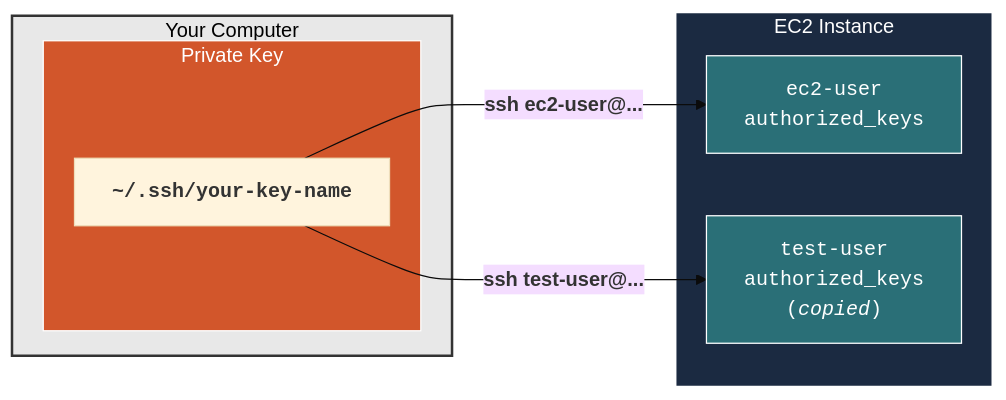
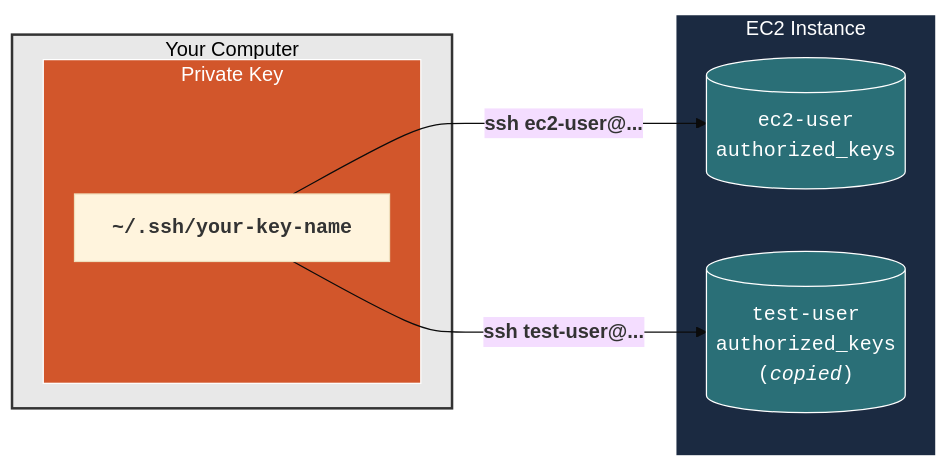
The diagram in linux-users.qmd (mjfrigaard/do4ds-labs), drawn with Mermaid before and after one commit. The commit also changed 28 other files, not shown here.

Commit message:
updates to mermaids

````diff
--- a/linux-users.qmd
+++ b/linux-users.qmd
@@ -295,26 +295,26 @@
 ```{mermaid}
 %%| fig-cap: 'One Trusted Key, Two Local Accounts'
 %%| fig-width: 8.0
 %%| fig-align: 'center'
 %%{init: {'theme': 'base', 'themeVariables': {'fontFamily': 'monospace'}}}%%
 
 graph LR
     subgraph Laptop["Your Computer"]
       subgraph priv["Private Key"]
         pkey["<strong>~/.ssh/your-key-name</strong>"]
       end
     end
     subgraph EC2["EC2 Instance"]
-        ecuser["ec2-user<br/>authorized_keys"]
-        testuser["test-user<br/>authorized_keys<br/>(<em>copied</em>)"]
+        ecuser[("ec2-user<br/>authorized_keys")]
+        testuser[("test-user<br/>authorized_keys<br/>(<em>copied</em>)")]
     end
     pkey -->|"<strong>ssh ec2-user@...</strong>"| ecuser
     pkey -->|"<strong>ssh test-user@...</strong>"| testuser
 
     style pkey font-family:monospace
     style Laptop fill:#E8E8E8,stroke:#333,stroke-width:2px,color:#000
     style EC2 fill:#1B2A41,stroke:#fff,stroke-width:2px,color:#fff
     style priv fill:#D2562B,stroke:#fff,stroke-width:1px,color:#fff
     style ecuser fill:#2A6F77,stroke:#fff,stroke-width:1px,color:#fff,font-family:monospace
     style testuser fill:#2A6F77,stroke:#fff,stroke-width:1px,color:#fff,font-family:monospace
 ```
````
